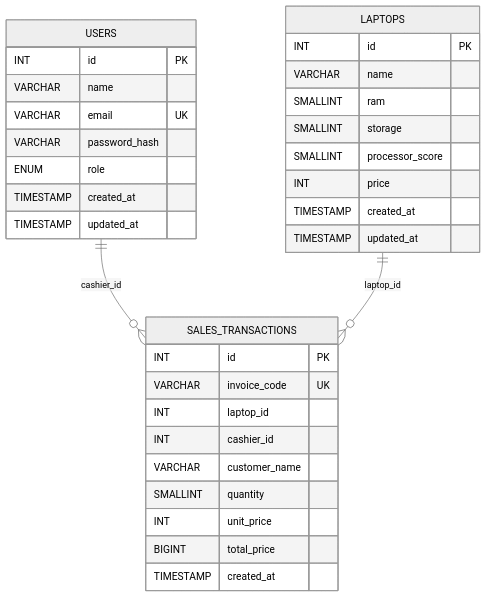
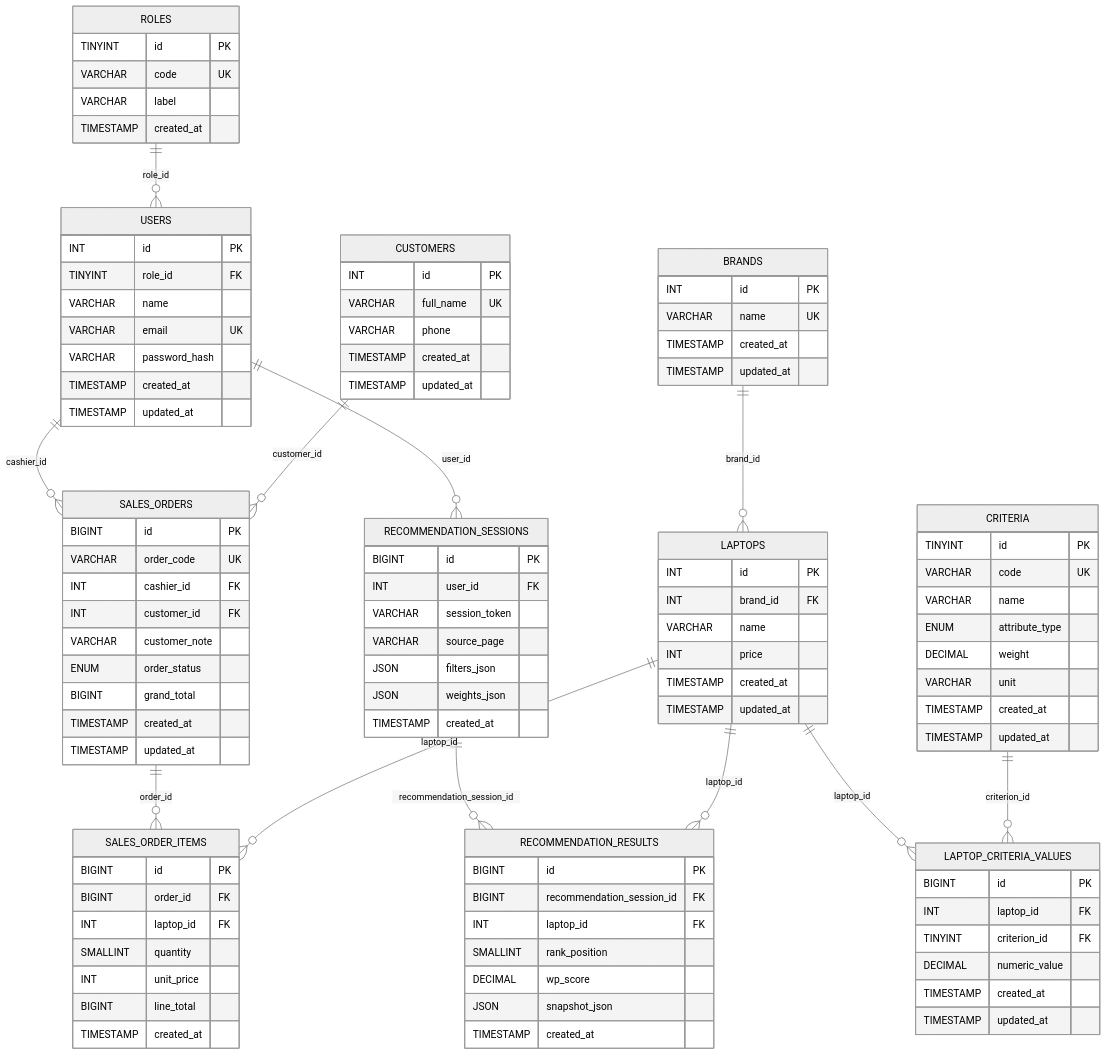
One commit to yeniseptianiputri/ta-pemilihan-laptop changed the diagram in README.md. Above: the diagram before and after it, drawn with Mermaid (neutral theme). The commit also changed other lines of this file and 17 other files, not shown here.

````diff
--- a/README.md
+++ b/README.md
@@ -532,38 +101,117 @@
 ```mermaid
 erDiagram
+    ROLES {
+        TINYINT id PK
+        VARCHAR code UK
+        VARCHAR label
+        TIMESTAMP created_at
+    }
+
     USERS {
         INT id PK
+        TINYINT role_id FK
         VARCHAR name
         VARCHAR email UK
         VARCHAR password_hash
-        ENUM role
+        TIMESTAMP created_at
+        TIMESTAMP updated_at
+    }
+
+    BRANDS {
+        INT id PK
+        VARCHAR name UK
         TIMESTAMP created_at
         TIMESTAMP updated_at
     }
 
     LAPTOPS {
         INT id PK
+        INT brand_id FK
         VARCHAR name
-        SMALLINT ram
-        SMALLINT storage
-        SMALLINT processor_score
         INT price
         TIMESTAMP created_at
         TIMESTAMP updated_at
     }
 
-    SALES_TRANSACTIONS {
+    CRITERIA {
+        TINYINT id PK
+        VARCHAR code UK
+        VARCHAR name
+        ENUM attribute_type
+        DECIMAL weight
+        VARCHAR unit
+        TIMESTAMP created_at
+        TIMESTAMP updated_at
+    }
+
+    LAPTOP_CRITERIA_VALUES {
+        BIGINT id PK
+        INT laptop_id FK
+        TINYINT criterion_id FK
+        DECIMAL numeric_value
+        TIMESTAMP created_at
+        TIMESTAMP updated_at
+    }
+
+    CUSTOMERS {
         INT id PK
-        VARCHAR invoice_code UK
-        INT laptop_id
-        INT cashier_id
-        VARCHAR customer_name
+        VARCHAR full_name UK
+        VARCHAR phone
+        TIMESTAMP created_at
+        TIMESTAMP updated_at
+    }
+
+    SALES_ORDERS {
+        BIGINT id PK
+        VARCHAR order_code UK
+        INT cashier_id FK
+        INT customer_id FK
+        VARCHAR customer_note
+        ENUM order_status
+        BIGINT grand_total
+        TIMESTAMP created_at
+        TIMESTAMP updated_at
+    }
+
+    SALES_ORDER_ITEMS {
+        BIGINT id PK
+        BIGINT order_id FK
+        INT laptop_id FK
         SMALLINT quantity
         INT unit_price
-        BIGINT total_price
+        BIGINT line_total
         TIMESTAMP created_at
     }
 
-    USERS ||--o{ SALES_TRANSACTIONS : cashier_id
-    LAPTOPS ||--o{ SALES_TRANSACTIONS : laptop_id
+    RECOMMENDATION_SESSIONS {
+        BIGINT id PK
+        INT user_id FK
+        VARCHAR session_token
+        VARCHAR source_page
+        JSON filters_json
+        JSON weights_json
+        TIMESTAMP created_at
+    }
+
+    RECOMMENDATION_RESULTS {
+        BIGINT id PK
+        BIGINT recommendation_session_id FK
+        INT laptop_id FK
+        SMALLINT rank_position
+        DECIMAL wp_score
+        JSON snapshot_json
+        TIMESTAMP created_at
+    }
+
+    ROLES ||--o{ USERS : role_id
+    BRANDS ||--o{ LAPTOPS : brand_id
+    LAPTOPS ||--o{ LAPTOP_CRITERIA_VALUES : laptop_id
+    CRITERIA ||--o{ LAPTOP_CRITERIA_VALUES : criterion_id
+    USERS ||--o{ SALES_ORDERS : cashier_id
+    CUSTOMERS ||--o{ SALES_ORDERS : customer_id
+    SALES_ORDERS ||--o{ SALES_ORDER_ITEMS : order_id
+    LAPTOPS ||--o{ SALES_ORDER_ITEMS : laptop_id
+    USERS ||--o{ RECOMMENDATION_SESSIONS : user_id
+    RECOMMENDATION_SESSIONS ||--o{ RECOMMENDATION_RESULTS : recommendation_session_id
+    LAPTOPS ||--o{ RECOMMENDATION_RESULTS : laptop_id
 ```
````
